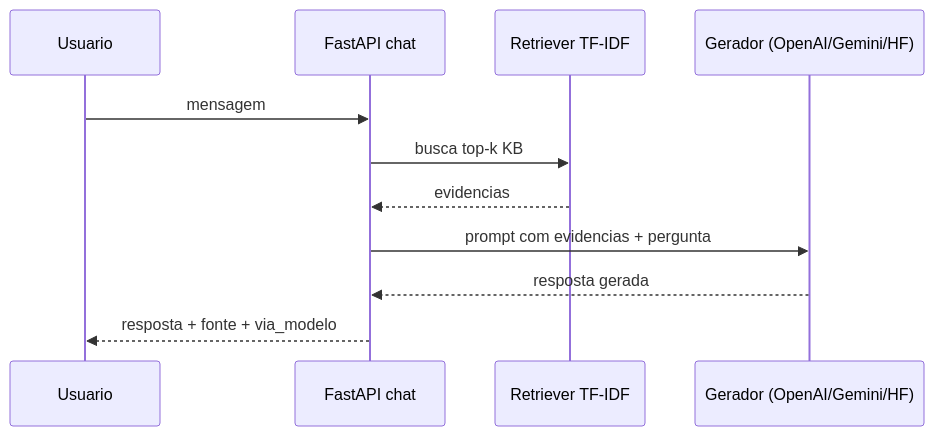
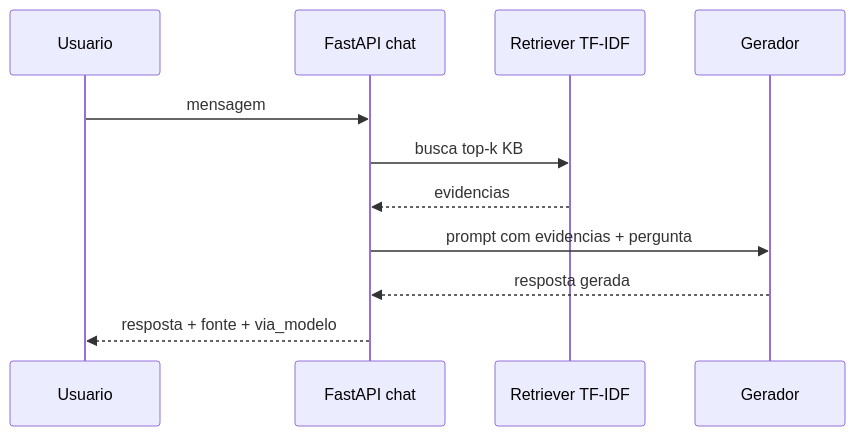
One commit to tamaraporf/-POC-chatbot changed the second of 4 diagrams in docs/OVERVIEW.md. Above: the diagram before and after it, drawn with Mermaid. The commit also changed other lines of this file and 11 other files, not shown here.

````diff
--- a/docs/OVERVIEW.md
+++ b/docs/OVERVIEW.md
@@ -40,13 +40,13 @@
 ```mermaid
 sequenceDiagram
     participant U as Usuario
     participant A as FastAPI chat
     participant R as Retriever TF-IDF
-    participant G as Gerador (OpenAI/Gemini/HF)
+    participant G as Gerador
     U->>A: mensagem
     A->>R: busca top-k KB
     R-->>A: evidencias
     A->>G: prompt com evidencias + pergunta
     G-->>A: resposta gerada
     A-->>U: resposta + fonte + via_modelo
 ```
````
